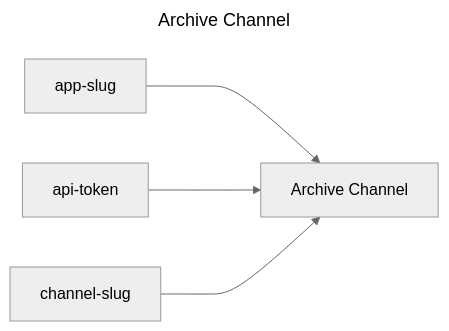
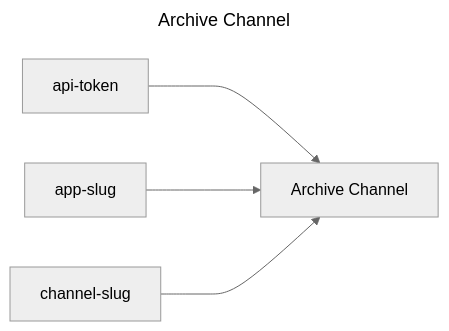
One commit to replicatedhq/replicated-actions changed the diagram in archive-channel/README.md. Above: the diagram before and after it, drawn with Mermaid (neutral theme). The commit also changed other lines of this file and 117 other files, not shown here.

````diff
--- a/archive-channel/README.md
+++ b/archive-channel/README.md
@@ -3,13 +3,13 @@
 ```mermaid
 ---
 title: Archive Channel
 ---
 graph LR
 archive_channel["Archive Channel"]
+api_token["api-token"]
 app_slug["app-slug"]
-api_token["api-token"]
 channel_slug["channel-slug"]
+api_token ---> archive_channel
 app_slug ---> archive_channel
-api_token ---> archive_channel
 channel_slug ---> archive_channel
 ```
````
